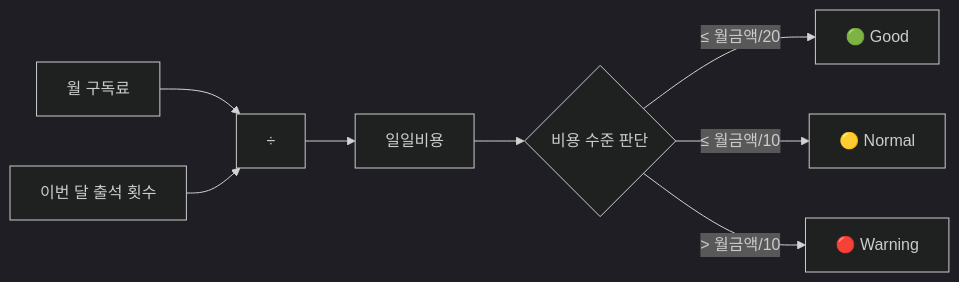
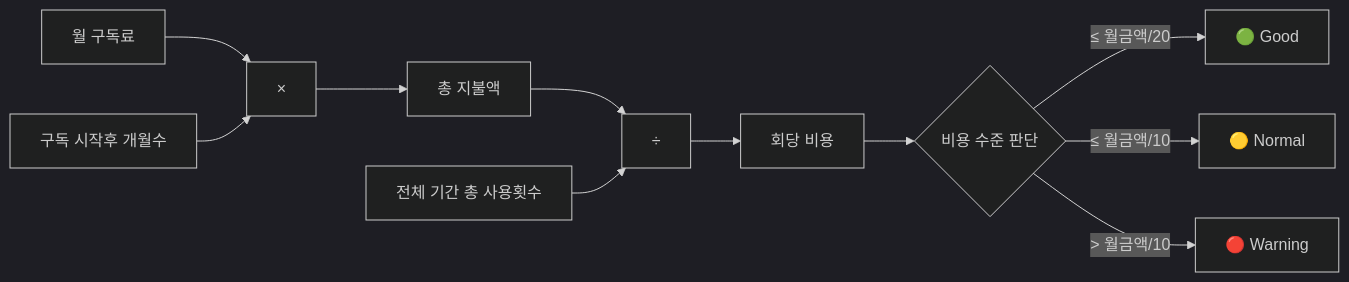
Before and after one commit to decaf-latte/subscription-value-tracker: the fourth of 7 diagrams in DEVELOPMENT.md, drawn with Mermaid (dark theme). The commit also changed other lines of this file and 1 other file, not shown here.

````diff
--- a/DEVELOPMENT.md
+++ b/DEVELOPMENT.md
@@ -155,10 +155,13 @@
 ```mermaid
 flowchart LR
-    A[월 구독료] --> B[÷]
-    C[이번 달 출석 횟수] --> B
-    B --> D[일일비용]
-    D --> E{비용 수준 판단}
-    E -->|≤ 월금액/20| F[🟢 Good]
-    E -->|≤ 월금액/10| G[🟡 Normal]
-    E -->|> 월금액/10| H[🔴 Warning]
+    A[월 구독료] --> B[×]
+    C[구독 시작후 개월수] --> B
+    B --> D[총 지불액]
+    D --> E[÷]
+    F[전체 기간 총 사용횟수] --> E
+    E --> G[회당 비용]
+    G --> H{비용 수준 판단}
+    H -->|≤ 월금액/20| I[🟢 Good]
+    H -->|≤ 월금액/10| J[🟡 Normal]
+    H -->|> 월금액/10| K[🔴 Warning]
 ```
````
